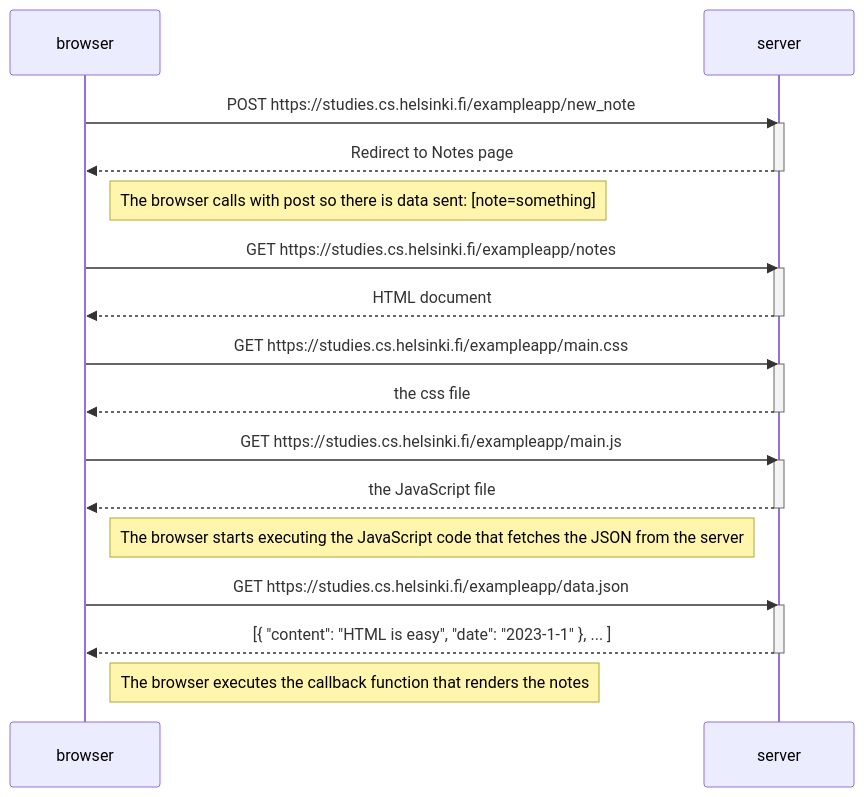
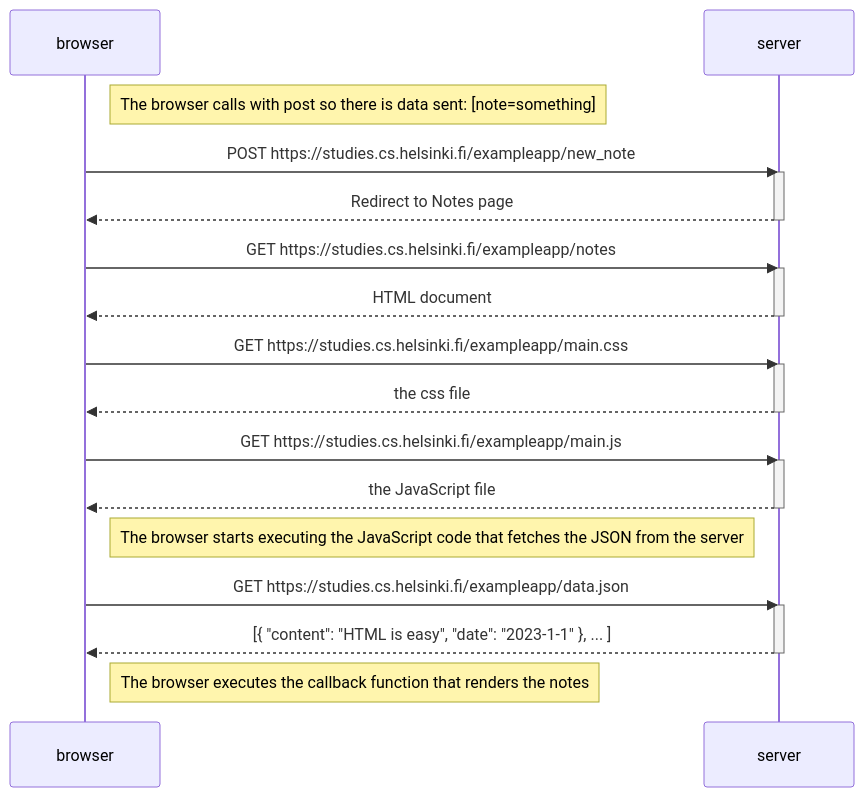
The diagram in part0/exercise0_4.md (Gyage/full_stack_open), drawn with Mermaid before and after one commit. The commit also changed other lines of this file, not shown here.

````diff
--- a/part0/exercise0_4.md
+++ b/part0/exercise0_4.md
@@ -1,36 +1,36 @@
 ```mermaid
 sequenceDiagram
     participant browser
     participant server
 
+    Note right of browser: The browser calls with post so there is  data sent: [note=something]
+
     browser->>server: POST https://studies.cs.helsinki.fi/exampleapp/new_note
     activate server
     server-->>browser: Redirect to Notes page
     deactivate server
-
-    Note right of browser: The browser calls with post so there is  data sent: [note=something]
 
     browser->>server: GET https://studies.cs.helsinki.fi/exampleapp/notes
     activate server
     server-->>browser: HTML document
     deactivate server
 
     browser->>server: GET https://studies.cs.helsinki.fi/exampleapp/main.css
     activate server
     server-->>browser: the css file
     deactivate server
 
     browser->>server: GET https://studies.cs.helsinki.fi/exampleapp/main.js
     activate server
     server-->>browser: the JavaScript file
     deactivate server
 
     Note right of browser: The browser starts executing the JavaScript code that fetches the JSON from the server
 
     browser->>server: GET https://studies.cs.helsinki.fi/exampleapp/data.json
     activate server
     server-->>browser: [{ "content": "HTML is easy", "date": "2023-1-1" }, ... ]
     deactivate server
 
     Note right of browser: The browser executes the callback function that renders the notes
 ```
````
